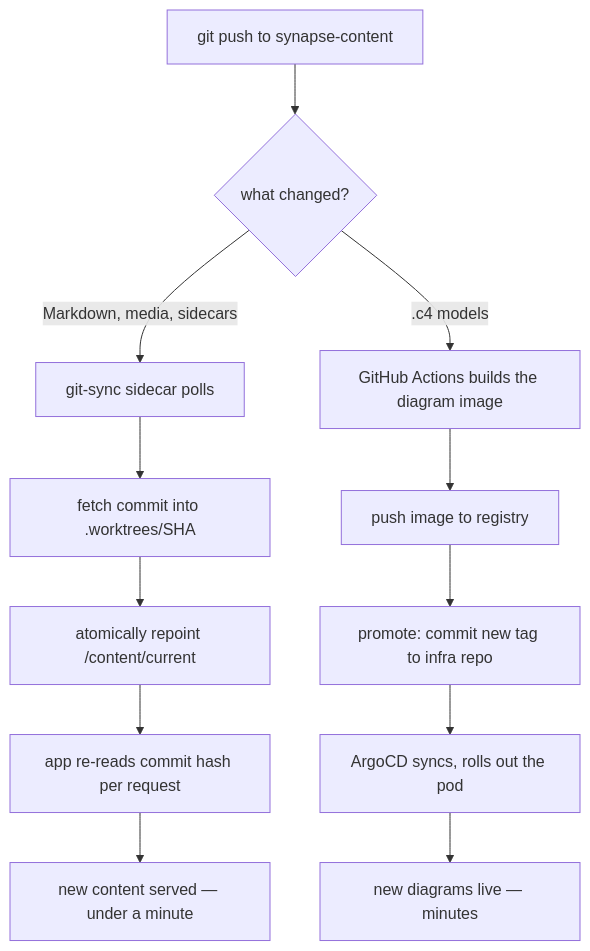
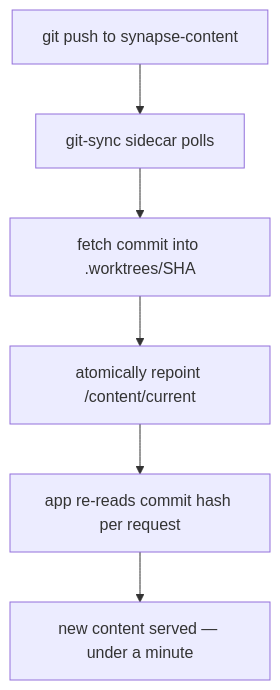
The diagram in synapse-app-from-scratch/04-running-it/01-the-content-pipeline.md (ani2fun/synapse-content), drawn with Mermaid before and after one commit. The commit also changed other lines of this file and 45 other files, not shown here.

````diff
--- a/synapse-app-from-scratch/04-running-it/01-the-content-pipeline.md
+++ b/synapse-app-from-scratch/04-running-it/01-the-content-pipeline.md
@@ -76,14 +75,8 @@
 ```mermaid
 flowchart TD
-    A[git push to synapse-content] --> B{what changed?}
-    B -->|Markdown, media, sidecars| C[git-sync sidecar polls]
+    A[git push to synapse-content] --> C[git-sync sidecar polls]
     C --> D[fetch commit into .worktrees/SHA]
     D --> E[atomically repoint /content/current]
     E --> F[app re-reads commit hash per request]
     F --> G[new content served — under a minute]
-    B -->|.c4 models| H[GitHub Actions builds the diagram image]
-    H --> I[push image to registry]
-    I --> J[promote: commit new tag to infra repo]
-    J --> K[ArgoCD syncs, rolls out the pod]
-    K --> L[new diagrams live — minutes]
 ```
````
